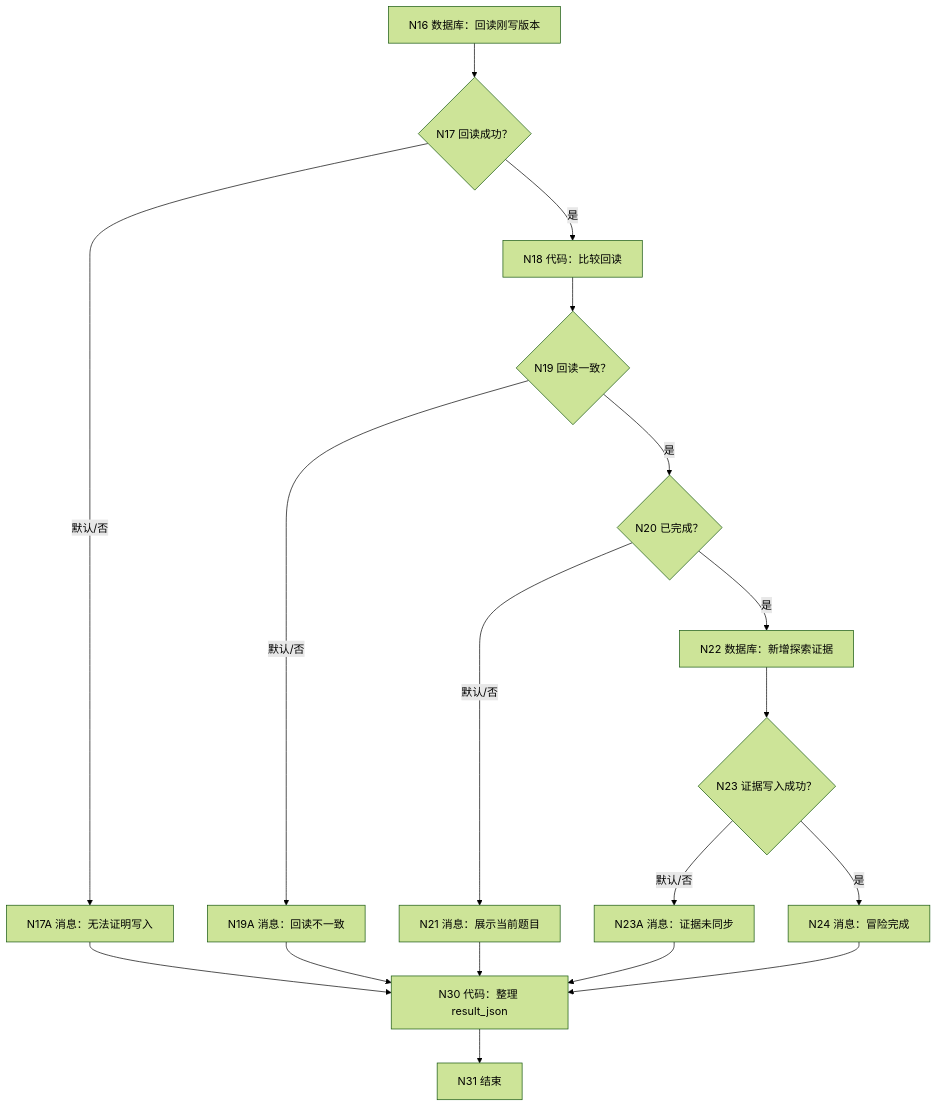
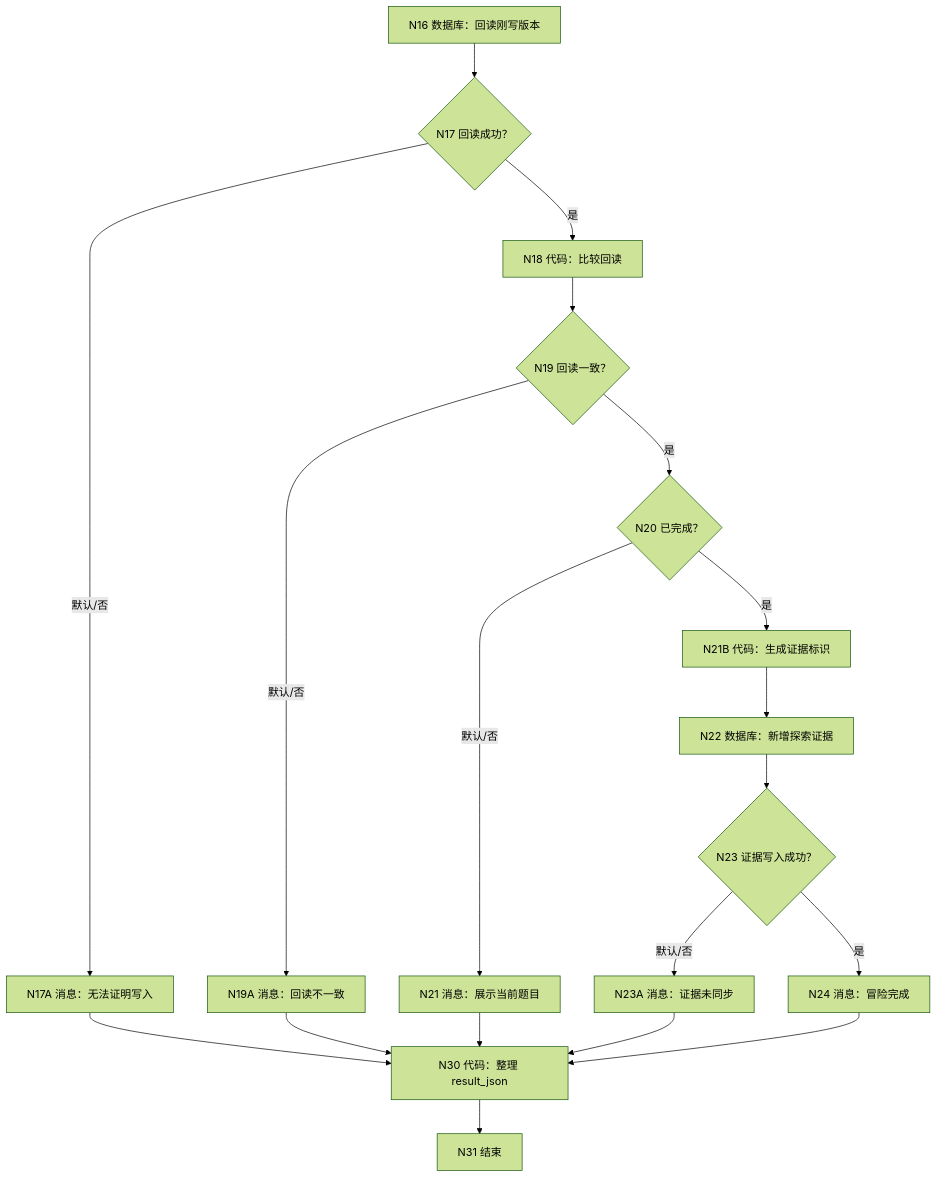
The third of 3 diagrams in docs/workflows/WF-03-survival-adventure.md (caoyue0115/university-life-planning-simulator), drawn with Mermaid (forest theme) before and after one commit. The commit also changed other lines of this file and 10 other files, not shown here.

````diff
--- a/docs/workflows/WF-03-survival-adventure.md
+++ b/docs/workflows/WF-03-survival-adventure.md
@@ -79,20 +79,21 @@
 ```mermaid
 flowchart TD
     N16["N16 数据库：回读刚写版本"] --> N17{"N17 回读成功？"}
     N17 -->|默认/否| N17A["N17A 消息：无法证明写入"]
     N17 -->|是| N18["N18 代码：比较回读"]
     N18 --> N19{"N19 回读一致？"}
     N19 -->|默认/否| N19A["N19A 消息：回读不一致"]
     N19 -->|是| N20{"N20 已完成？"}
     N20 -->|默认/否| N21["N21 消息：展示当前题目"]
-    N20 -->|是| N22["N22 数据库：新增探索证据"]
+    N20 -->|是| N21B["N21B 代码：生成证据标识"]
+    N21B --> N22["N22 数据库：新增探索证据"]
     N22 --> N23{"N23 证据写入成功？"}
     N23 -->|默认/否| N23A["N23A 消息：证据未同步"]
     N23 -->|是| N24["N24 消息：冒险完成"]
     N17A --> N30["N30 代码：整理 result_json"]
     N19A --> N30
     N21 --> N30
     N23A --> N30
     N24 --> N30
     N30 --> N31["N31 结束"]
 ```
````
